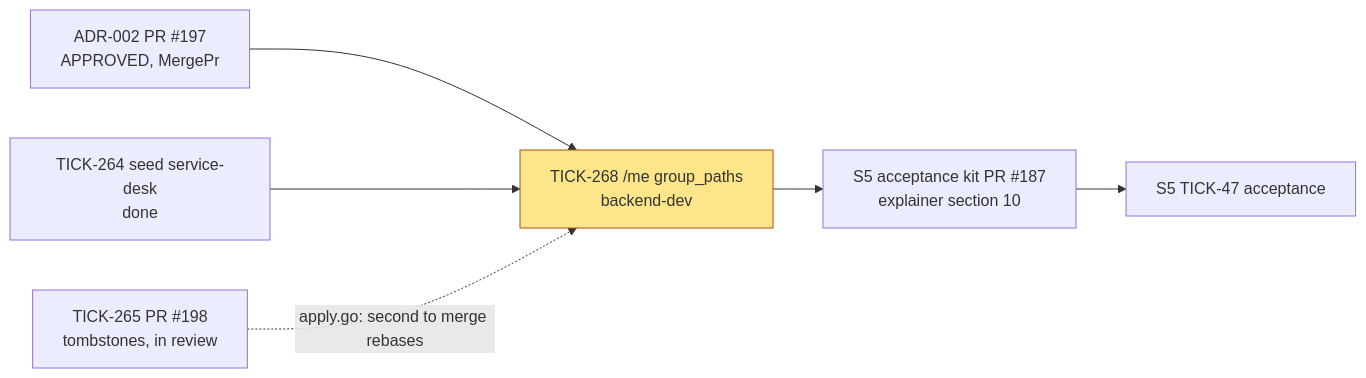
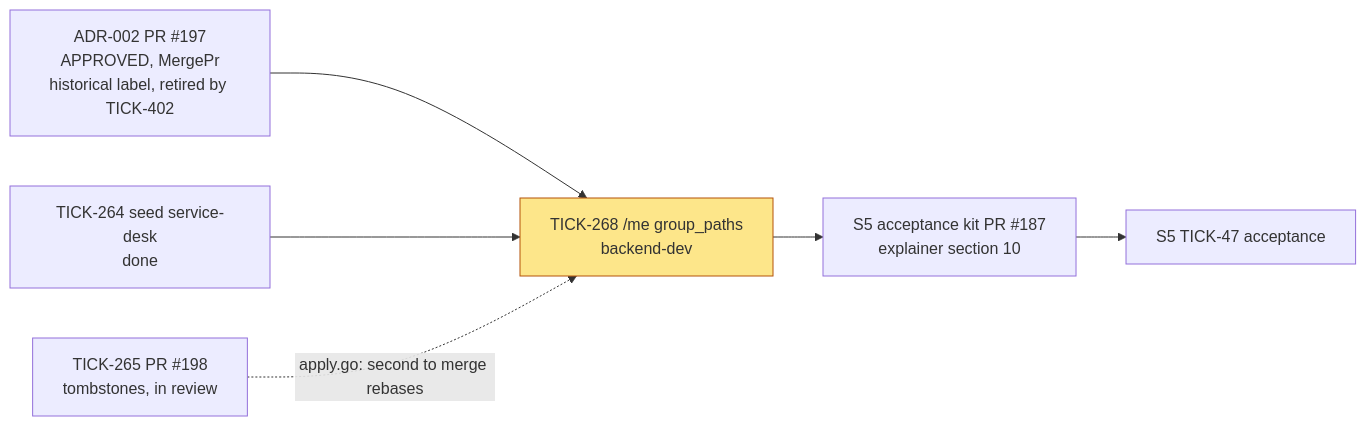
The first of 2 diagrams in docs/delivery/plan-adr-002.md (Navaladi2019/TicketingSystem), drawn with Mermaid before and after one commit. The commit also changed 6 other files, not shown here.

First line of the commit message:
TICK-402: docs for agent-only story and ADR acceptance

````diff
--- a/docs/delivery/plan-adr-002.md
+++ b/docs/delivery/plan-adr-002.md
@@ -36,14 +36,14 @@
 ```mermaid
 flowchart LR
-    ADR[ADR-002 PR #197<br/>APPROVED, MergePr]
+    ADR[ADR-002 PR #197<br/>APPROVED, MergePr<br/>historical label, retired by TICK-402]
     T264[TICK-264 seed service-desk<br/>done]
     T268[TICK-268 /me group_paths<br/>backend-dev]:::risk
     T265[TICK-265 PR #198<br/>tombstones, in review]
     KIT[S5 acceptance kit PR #187<br/>explainer section 10]
     S5[S5 TICK-47 acceptance]
     ADR --> T268
     T264 --> T268
     T265 -.->|apply.go: second to merge rebases| T268
     T268 --> KIT --> S5
     classDef risk fill:#fde68a,stroke:#b45309
 ```
````
